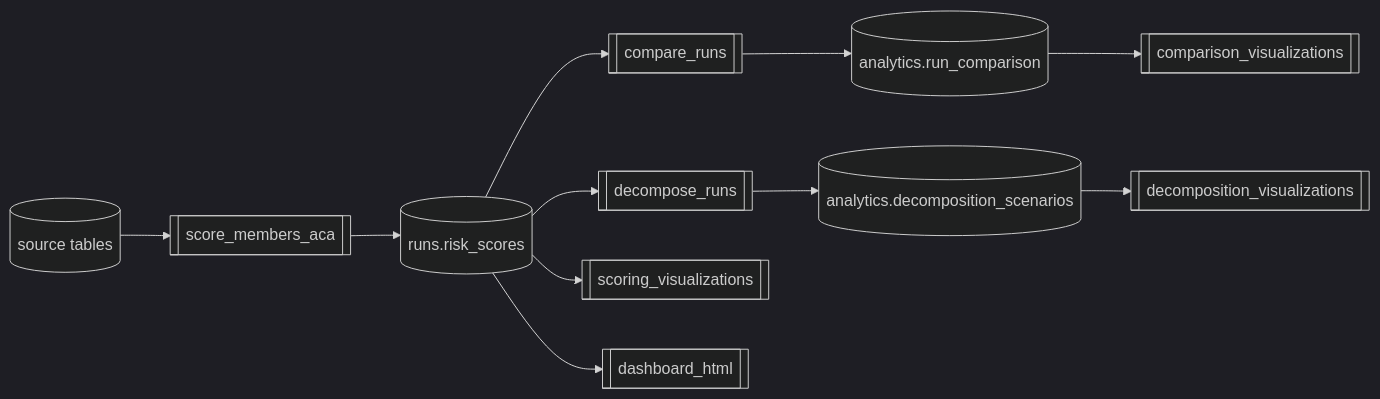
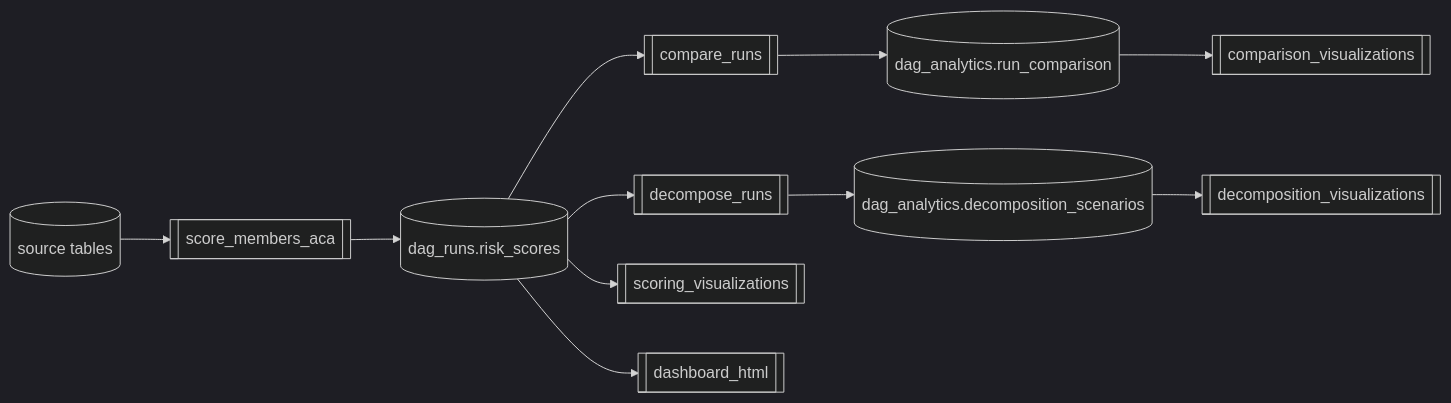
The diagram in README.md (garthmortensen/prism), drawn with Mermaid (dark theme) before and after one commit. The commit also changed other lines of this file and 78 other files, not shown here.

Commit message:
fix(postgres): replace database duckdb with postgres, update schemas

````diff
--- a/README.md
+++ b/README.md
@@ -56,24 +100,24 @@
 ```mermaid
 flowchart LR
   A[("source tables")]
   S[["score_members_aca"]]
-  RS[("runs.risk_scores")]
+  RS[("dag_runs.risk_scores")]
   C[["compare_runs"]]
-  RC[("analytics.run_comparison")]
+  RC[("dag_analytics.run_comparison")]
   D[["decompose_runs"]]
-  RD[("analytics.decomposition_scenarios")]
+  RD[("dag_analytics.decomposition_scenarios")]
   
   VS[["scoring_visualizations"]]
   VC[["comparison_visualizations"]]
   VD[["decomposition_visualizations"]]
   DASH[["dashboard_html"]]
 
   A --> S --> RS
   RS --> C --> RC
   RS --> D --> RD
   
   RS --> VS
   RS --> DASH
   RC --> VC
   RD --> VD
 ```
````
